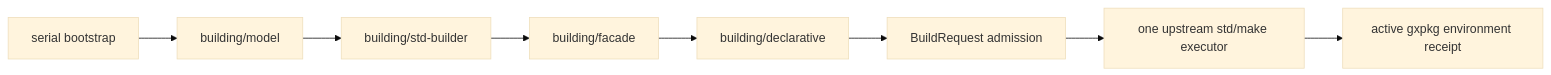
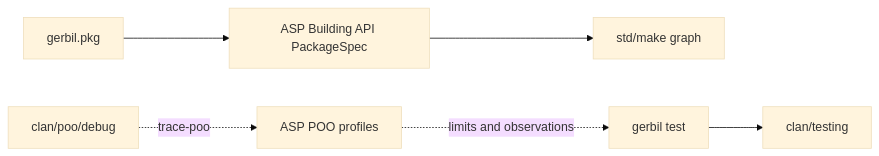
Before and after one commit to tao3k/asp-gerbil-scheme: the diagram in docs/30-39-building/31.04-building-testing-framework-reflection.org, drawn with Mermaid (base theme). The commit also changed other lines of this file and 860 other files, not shown here.

First line of the commit message:
refactor: align provider, Build API, and policy contracts (#3)

```diff
--- a/docs/30-39-building/31.04-building-testing-framework-reflection.org
+++ b/docs/30-39-building/31.04-building-testing-framework-reflection.org
@@ -103,10 +26,8 @@
 #+begin_src mermaid
 flowchart LR
-  Bootstrap["serial bootstrap"] --> Model["building/model"]
-  Model --> Builder["building/std-builder"]
-  Builder --> Facade["building/facade"]
-  Facade --> Declarative["building/declarative"]
-  Declarative --> Requests["BuildRequest admission"]
-  Requests --> Make["one upstream std/make executor"]
-  Make --> Receipt["active gxpkg environment receipt"]
+  Package["gerbil.pkg"] --> Building["ASP Building API PackageSpec"]
+  Building --> Make["std/make graph"]
+  CLI["gerbil test"] --> Testing["clan/testing"]
+  Profiles["ASP POO profiles"] -. limits and observations .-> CLI
+  Debug["clan/poo/debug"] -. trace-poo .-> Profiles
 #+end_src
```
